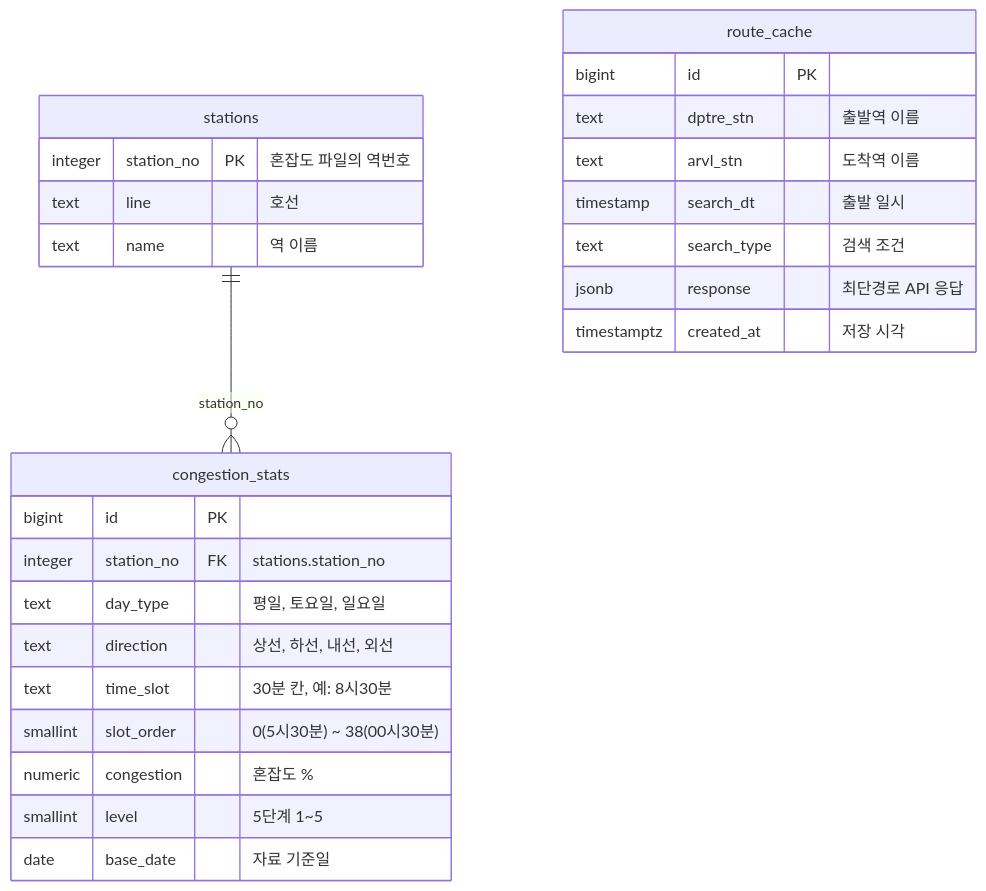
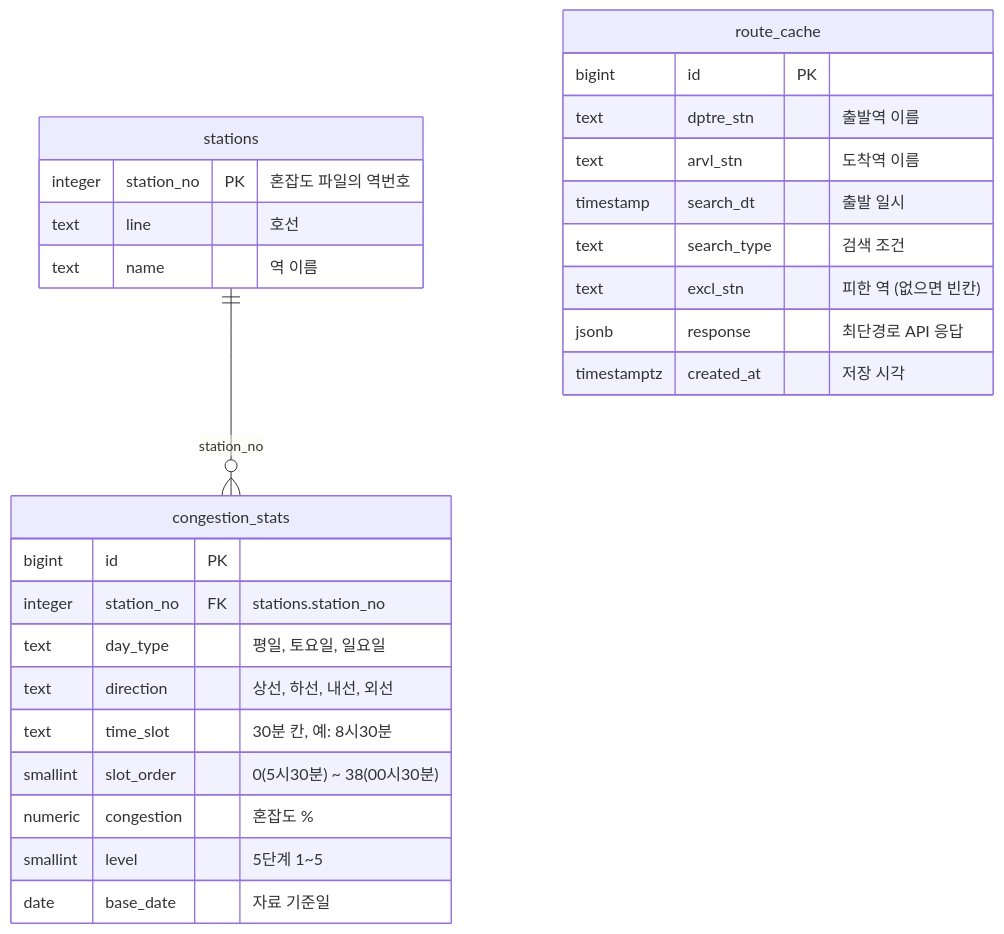
Before and after one commit to 365526/easy-nav: the diagram in backend/docs/DB_TABLES.md, drawn with Mermaid. The commit also changed other lines of this file and 5 other files, not shown here.

````diff
--- a/backend/docs/DB_TABLES.md
+++ b/backend/docs/DB_TABLES.md
@@ -9,29 +9,30 @@
 ```mermaid
 erDiagram
     stations ||--o{ congestion_stats : "station_no"
     stations {
         integer station_no PK "혼잡도 파일의 역번호"
         text line "호선"
         text name "역 이름"
     }
     congestion_stats {
         bigint id PK
         integer station_no FK "stations.station_no"
         text day_type "평일, 토요일, 일요일"
         text direction "상선, 하선, 내선, 외선"
         text time_slot "30분 칸, 예: 8시30분"
         smallint slot_order "0(5시30분) ~ 38(00시30분)"
         numeric congestion "혼잡도 %"
         smallint level "5단계 1~5"
         date base_date "자료 기준일"
     }
     route_cache {
         bigint id PK
         text dptre_stn "출발역 이름"
         text arvl_stn "도착역 이름"
         timestamp search_dt "출발 일시"
         text search_type "검색 조건"
+        text excl_stn "피한 역 (없으면 빈칸)"
         jsonb response "최단경로 API 응답"
         timestamptz created_at "저장 시각"
     }
 ```
````
